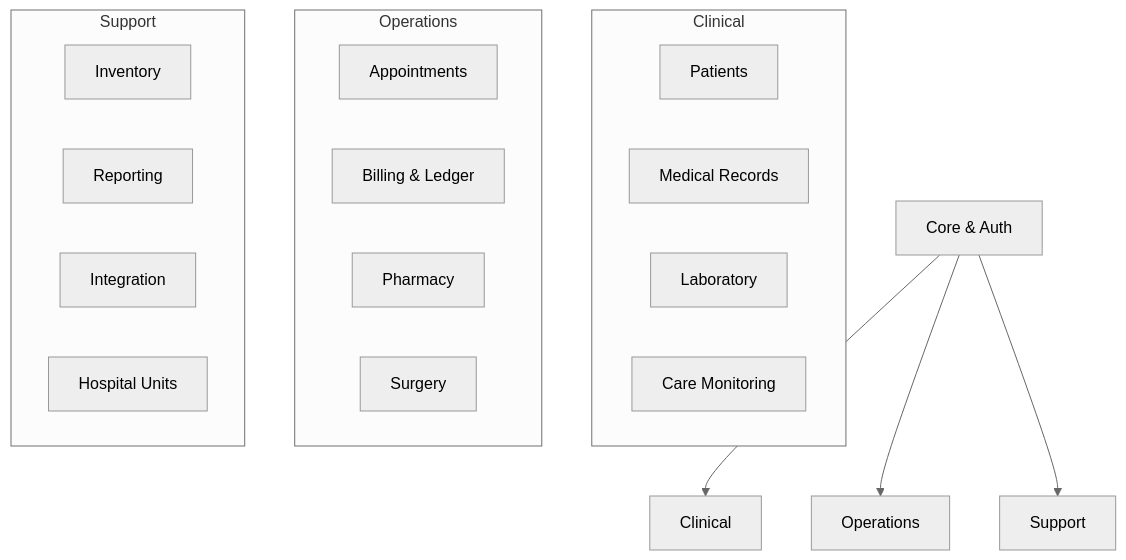
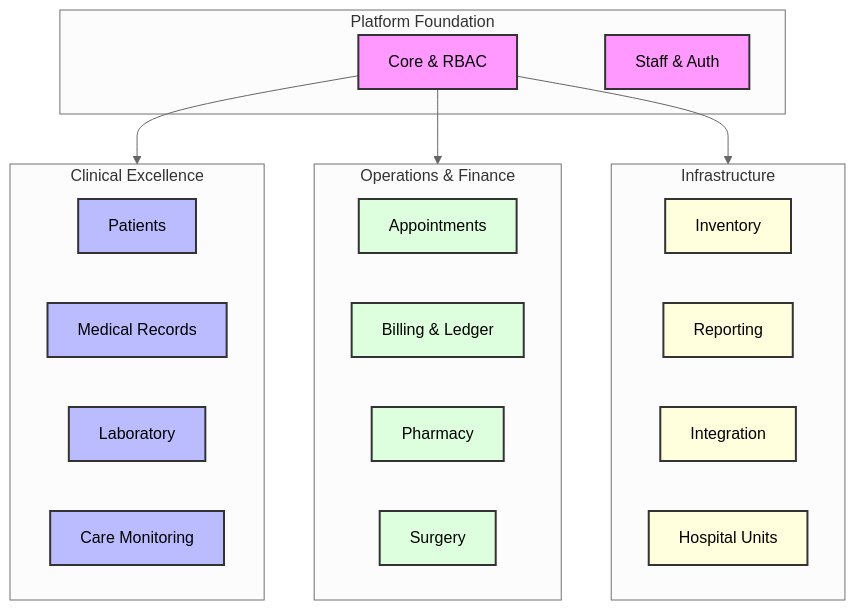
The first of 3 diagrams in README.md (neoastra303/Remedium-HMS), drawn with Mermaid (neutral theme) before and after one commit. The commit also changed other lines of this file and 1 other file, not shown here.

Commit message:
docs: modernize README with color-coded diagrams and security lifecycle flow

````diff
--- a/README.md
+++ b/README.md
@@ -45,27 +45,37 @@
 ```mermaid
 graph TD
-    A[Core & Auth] --> B[Clinical]
-    A --> C[Operations]
-    A --> D[Support]
-    
-    subgraph Clinical
-    B1[Patients]
-    B2[Medical Records]
-    B3[Laboratory]
-    B4[Care Monitoring]
+    subgraph Core_Layer [Platform Foundation]
+        A[Core & RBAC]:::core
+        S[Staff & Auth]:::core
+    end
+
+    subgraph Clinical_Domain [Clinical Excellence]
+        B1[Patients]:::clinical
+        B2[Medical Records]:::clinical
+        B3[Laboratory]:::clinical
+        B4[Care Monitoring]:::clinical
     end
     
-    subgraph Operations
-    C1[Appointments]
-    C2[Billing & Ledger]
-    C3[Pharmacy]
-    C4[Surgery]
+    subgraph Operations_Domain [Operations & Finance]
+        C1[Appointments]:::ops
+        C2[Billing & Ledger]:::ops
+        C3[Pharmacy]:::ops
+        C4[Surgery]:::ops
     end
     
-    subgraph Support
-    D1[Inventory]
-    D2[Reporting]
-    D3[Integration]
-    D4[Hospital Units]
+    subgraph Support_Domain [Infrastructure]
+        D1[Inventory]:::infra
+        D2[Reporting]:::infra
+        D3[Integration]:::infra
+        D4[Hospital Units]:::infra
     end
+
+    A --> Clinical_Domain
+    A --> Operations_Domain
+    A --> Support_Domain
+
+    classDef core fill:#f9f,stroke:#333,stroke-width:2px,color:#000
+    classDef clinical fill:#bbf,stroke:#333,stroke-width:2px,color:#000
+    classDef ops fill:#dfd,stroke:#333,stroke-width:2px,color:#000
+    classDef infra fill:#ffd,stroke:#333,stroke-width:2px,color:#000
 ```
````
